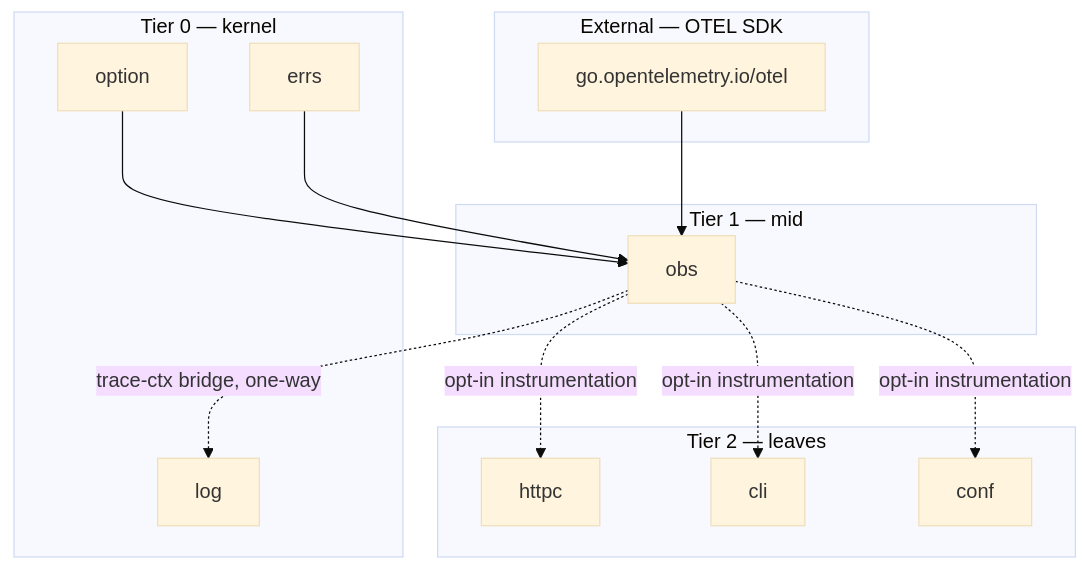
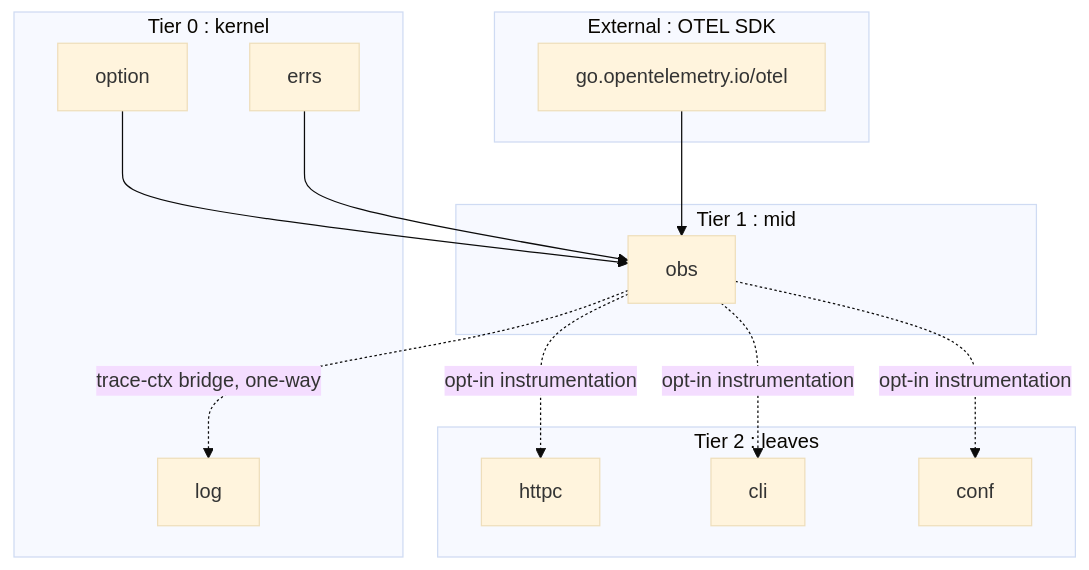
The diagram in specs/0017-obs.md (nathanbrophy/glacier), drawn with Mermaid (base theme) before and after one commit. The commit also changed other lines of this file and 83 other files, not shown here.

````diff
--- a/specs/0017-obs.md
+++ b/specs/0017-obs.md
@@ -76,27 +76,27 @@
 ```mermaid
 flowchart TB
-    subgraph K[Tier 0 — kernel]
+    subgraph K[Tier 0 :  kernel]
         option
         errs
         log
     end
-    subgraph M[Tier 1 — mid]
+    subgraph M[Tier 1 :  mid]
         obs
     end
-    subgraph L[Tier 2 — leaves]
+    subgraph L[Tier 2 :  leaves]
         httpc
         cli
         conf_leaf[conf]
     end
-    subgraph OTEL[External — OTEL SDK]
+    subgraph OTEL[External :  OTEL SDK]
         otel[go.opentelemetry.io/otel]
     end
 
     option --> obs
     errs   --> obs
     obs    -.->|trace-ctx bridge, one-way| log
     otel   --> obs
     obs    -.->|opt-in instrumentation| httpc
     obs    -.->|opt-in instrumentation| cli
     obs    -.->|opt-in instrumentation| conf_leaf
 ```
````
